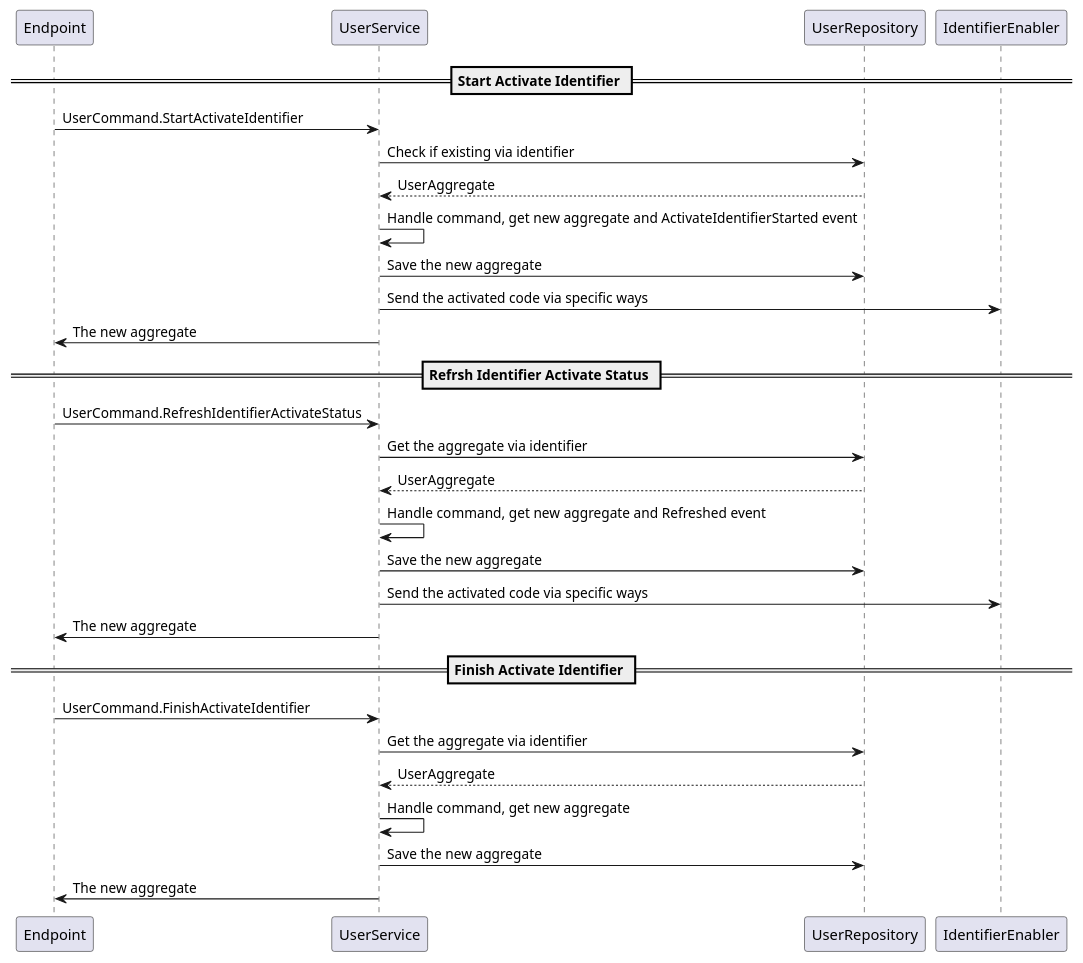
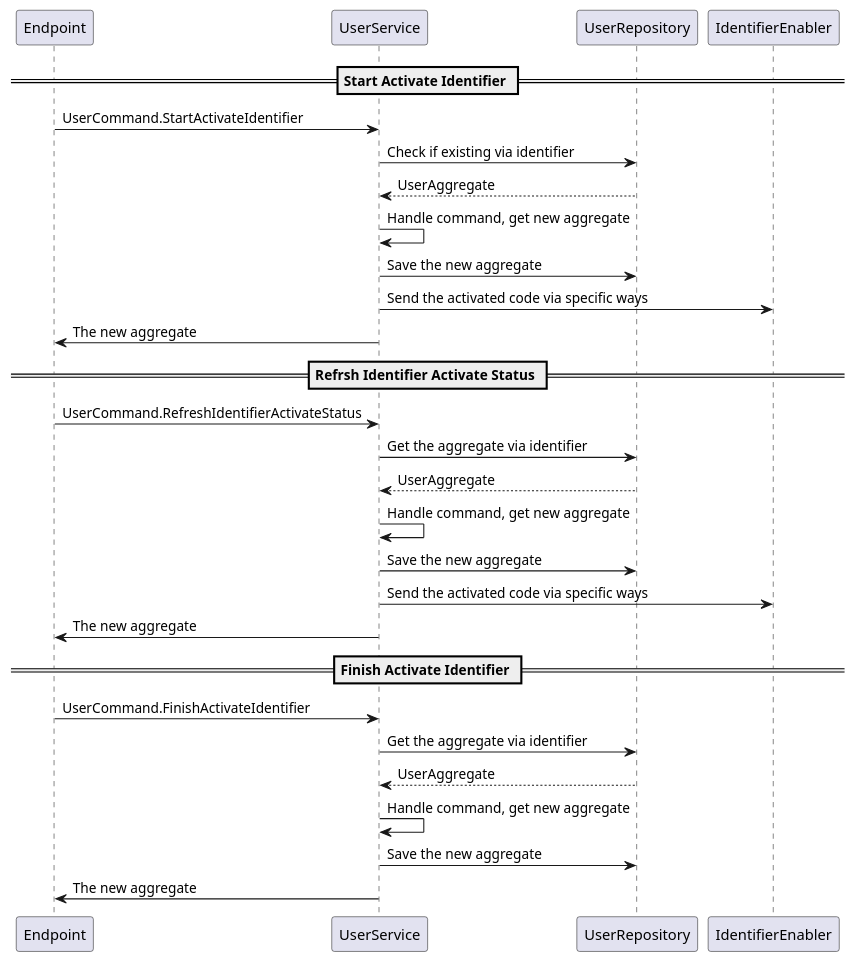
One commit to alices-wonderland/doorknob changed diagram 14 of 18 in docs/docs/features.md. Above: the diagram before and after it, drawn with PlantUML. The commit also changed other lines of this file and 57 other files, not shown here.

````diff
--- a/docs/docs/features.md
+++ b/docs/docs/features.md
@@ -448,29 +451,29 @@
 ```plantuml
 @startuml
 == Start Activate Identifier ==
 Endpoint -> UserService: UserCommand.StartActivateIdentifier
 UserService -> UserRepository: Check if existing via identifier
 UserRepository --> UserService: UserAggregate
-UserService -> UserService: Handle command, get new aggregate and ActivateIdentifierStarted event
+UserService -> UserService: Handle command, get new aggregate
 UserService -> UserRepository: Save the new aggregate
 UserService -> IdentifierEnabler: Send the activated code via specific ways
 UserService -> Endpoint: The new aggregate
 
 == Refrsh Identifier Activate Status ==
 Endpoint -> UserService: UserCommand.RefreshIdentifierActivateStatus
 UserService -> UserRepository: Get the aggregate via identifier
 UserRepository --> UserService: UserAggregate
-UserService -> UserService: Handle command, get new aggregate and Refreshed event
+UserService -> UserService: Handle command, get new aggregate
 UserService -> UserRepository: Save the new aggregate
 UserService -> IdentifierEnabler: Send the activated code via specific ways
 UserService -> Endpoint: The new aggregate
 
 == Finish Activate Identifier ==
 Endpoint -> UserService: UserCommand.FinishActivateIdentifier
 UserService -> UserRepository: Get the aggregate via identifier
 UserRepository --> UserService: UserAggregate
 UserService -> UserService: Handle command, get new aggregate
 UserService -> UserRepository: Save the new aggregate
 UserService -> Endpoint: The new aggregate
 @enduml
 ```
````
